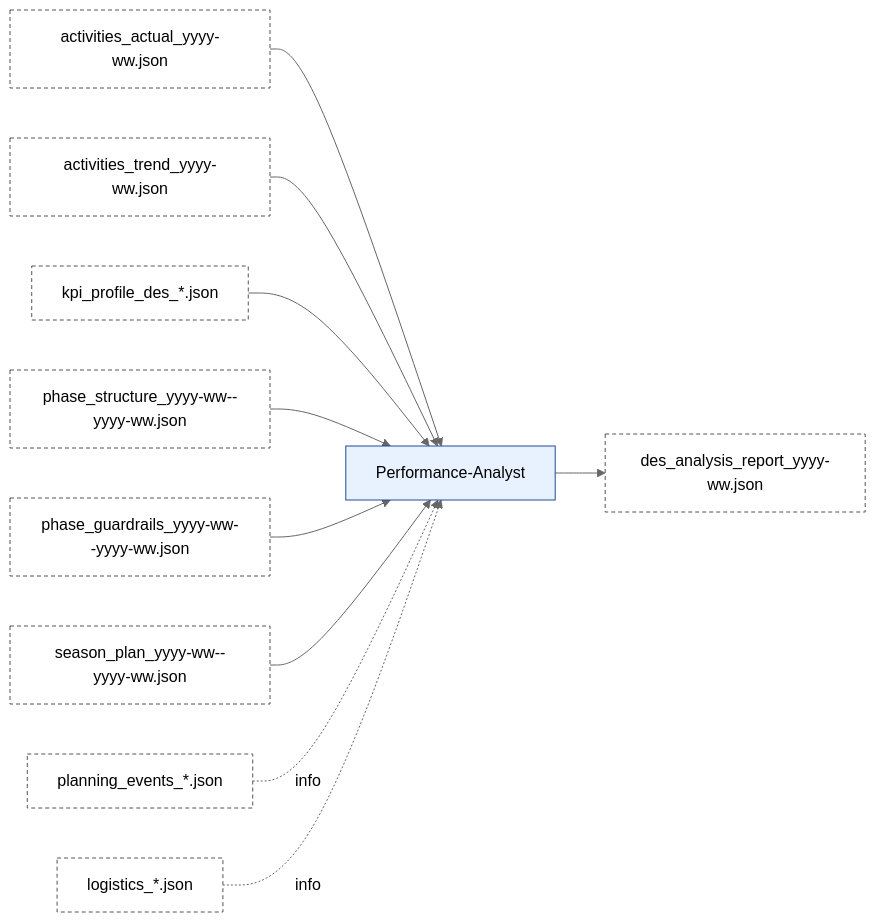
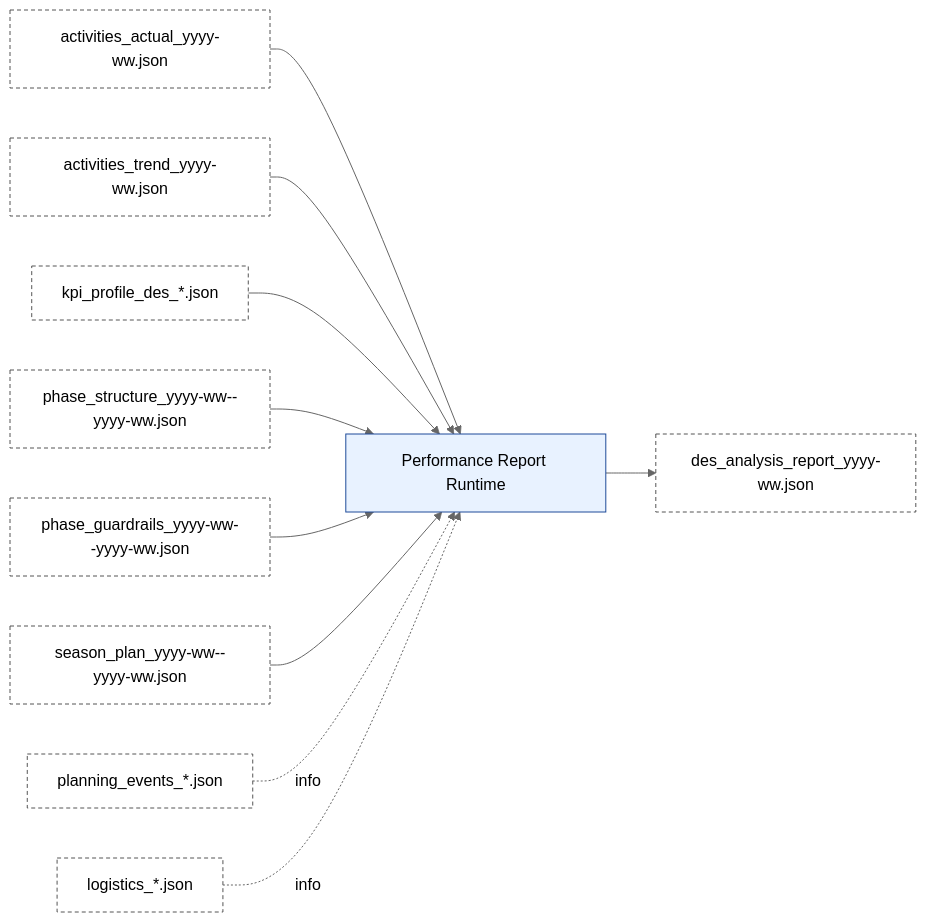
Before and after one commit to albauer-priv/RPS: the ninth of 10 diagrams in doc/overview/artefact_flow.md, drawn with Mermaid (neutral theme). The commit also changed other lines of this file and 5 other files, not shown here.

Commit message:
docs: update crewai skills and planning architecture

````diff
--- a/doc/overview/artefact_flow.md
+++ b/doc/overview/artefact_flow.md
@@ -456,16 +451,16 @@
 ```mermaid
 flowchart LR
-  AA["activities_actual_yyyy-ww.json"]:::artefact --> PA["Performance-Analyst"]:::agent
+  AA["activities_actual_yyyy-ww.json"]:::artefact --> PA["Performance Report Runtime"]:::agent
   AT["activities_trend_yyyy-ww.json"]:::artefact --> PA
   KP["kpi_profile_des_*.json"]:::artefact --> PA
   BEA["phase_structure_yyyy-ww--yyyy-ww.json"]:::artefact --> PA
   BG["phase_guardrails_yyyy-ww--yyyy-ww.json"]:::artefact --> PA
   MO["season_plan_yyyy-ww--yyyy-ww.json"]:::artefact --> PA
   PE["planning_events_*.json"]:::artefact -. info .-> PA
   LG["logistics_*.json"]:::artefact -. info .-> PA
 
   PA --> DR["des_analysis_report_yyyy-ww.json"]:::artefact
 
   classDef agent fill:#e8f2ff,stroke:#1f4b99,stroke-width:1px;
   classDef artefact fill:#ffffff,stroke:#555,stroke-dasharray: 4 3,stroke-width:1px;
 ```
````
